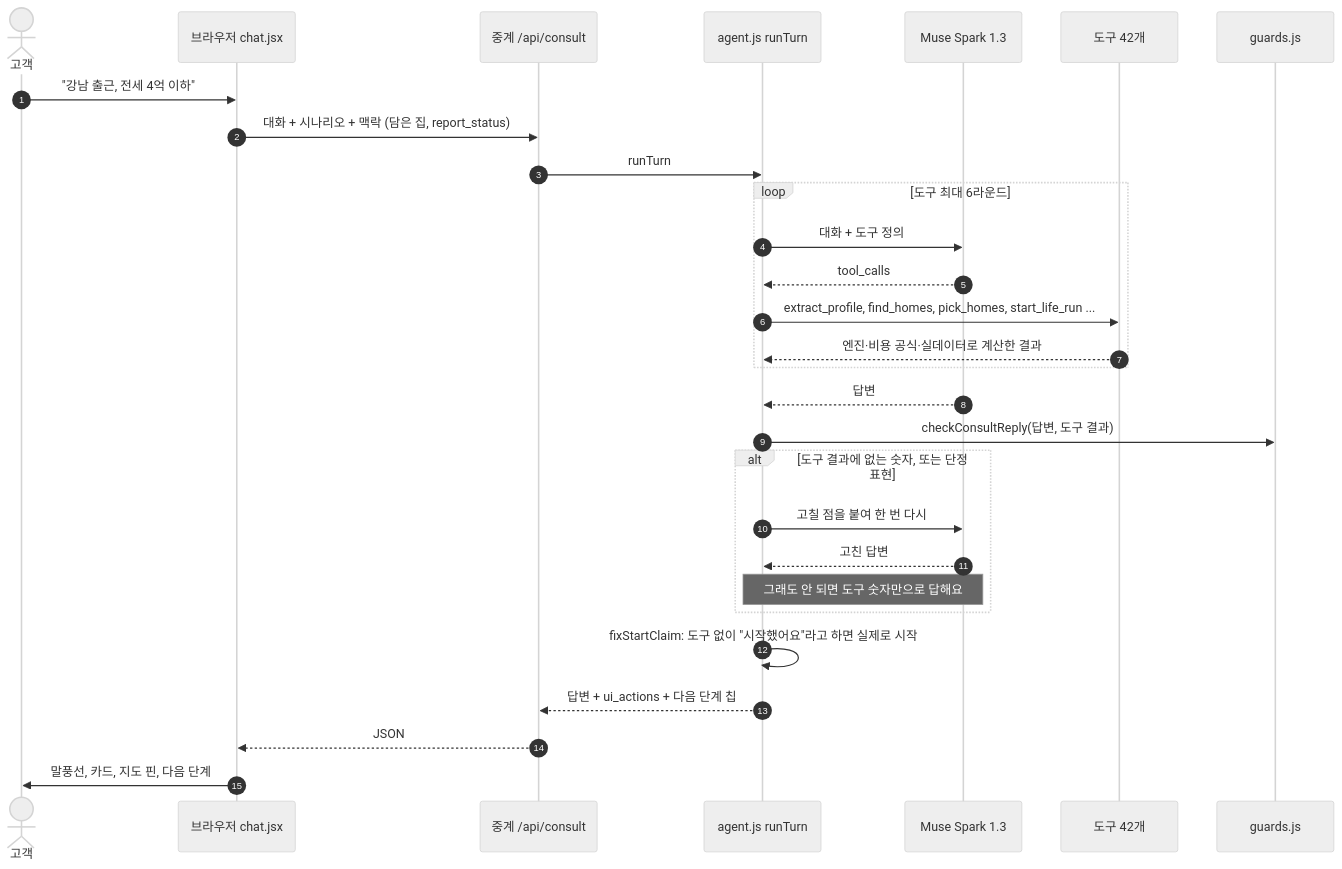
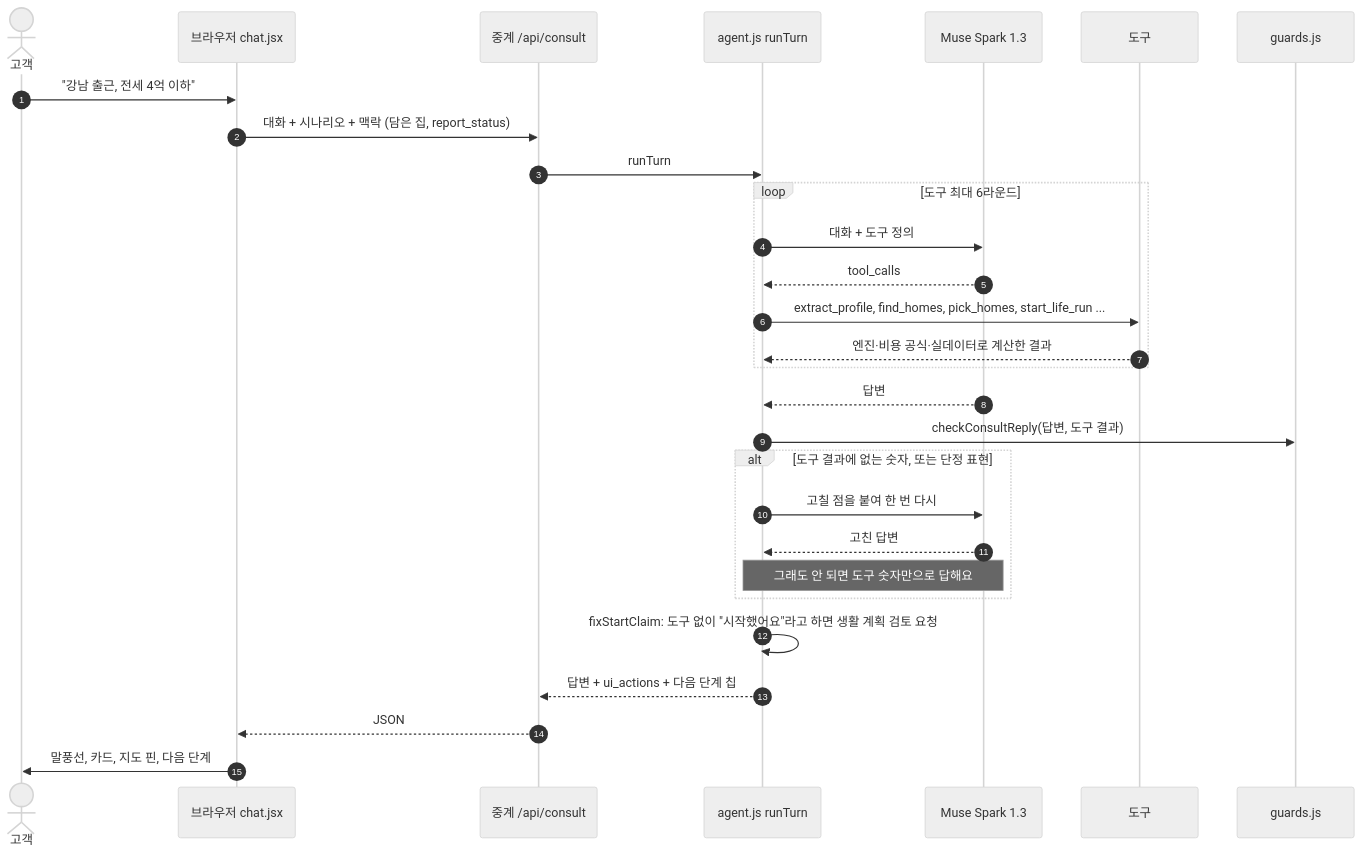
Before and after one commit to halo-sw/ithaca: the second of 3 diagrams in docs/architecture.ko.md, drawn with Mermaid (neutral theme). The commit also changed other lines of this file and 8 other files, not shown here.

````diff
--- a/docs/architecture.ko.md
+++ b/docs/architecture.ko.md
@@ -84,31 +96,31 @@
 ```mermaid
 sequenceDiagram
   autonumber
   actor U as 고객
   participant B as 브라우저 chat.jsx
   participant S as 중계 /api/consult
   participant A as agent.js runTurn
   participant M as Muse Spark 1.3
-  participant T as 도구 42개
+  participant T as 도구
   participant G as guards.js
   U->>B: "강남 출근, 전세 4억 이하"
   B->>S: 대화 + 시나리오 + 맥락 (담은 집, report_status)
   S->>A: runTurn
   loop 도구 최대 6라운드
     A->>M: 대화 + 도구 정의
     M-->>A: tool_calls
     A->>T: extract_profile, find_homes, pick_homes, start_life_run ...
     T-->>A: 엔진·비용 공식·실데이터로 계산한 결과
   end
   M-->>A: 답변
   A->>G: checkConsultReply(답변, 도구 결과)
   alt 도구 결과에 없는 숫자, 또는 단정 표현
     A->>M: 고칠 점을 붙여 한 번 다시
     M-->>A: 고친 답변
     Note over A,M: 그래도 안 되면 도구 숫자만으로 답해요
   end
-  A->>A: fixStartClaim: 도구 없이 "시작했어요"라고 하면 실제로 시작
+  A->>A: fixStartClaim: 도구 없이 "시작했어요"라고 하면 생활 계획 검토 요청
   A-->>S: 답변 + ui_actions + 다음 단계 칩
   S-->>B: JSON
   B->>U: 말풍선, 카드, 지도 핀, 다음 단계
 ```
````
